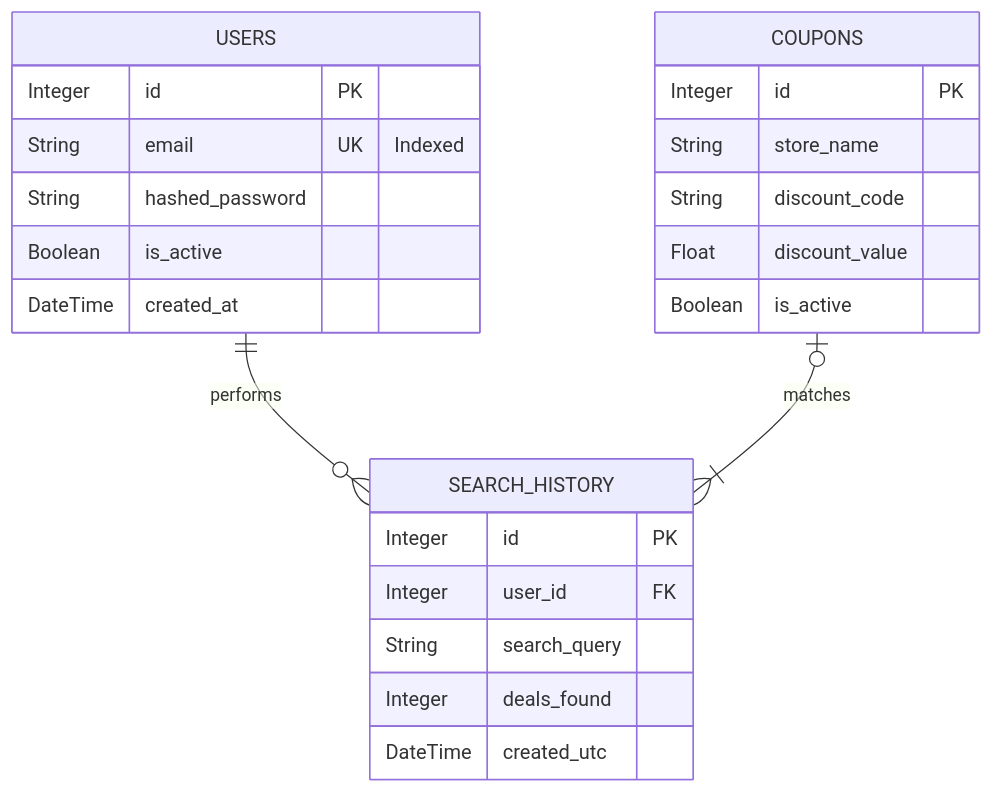
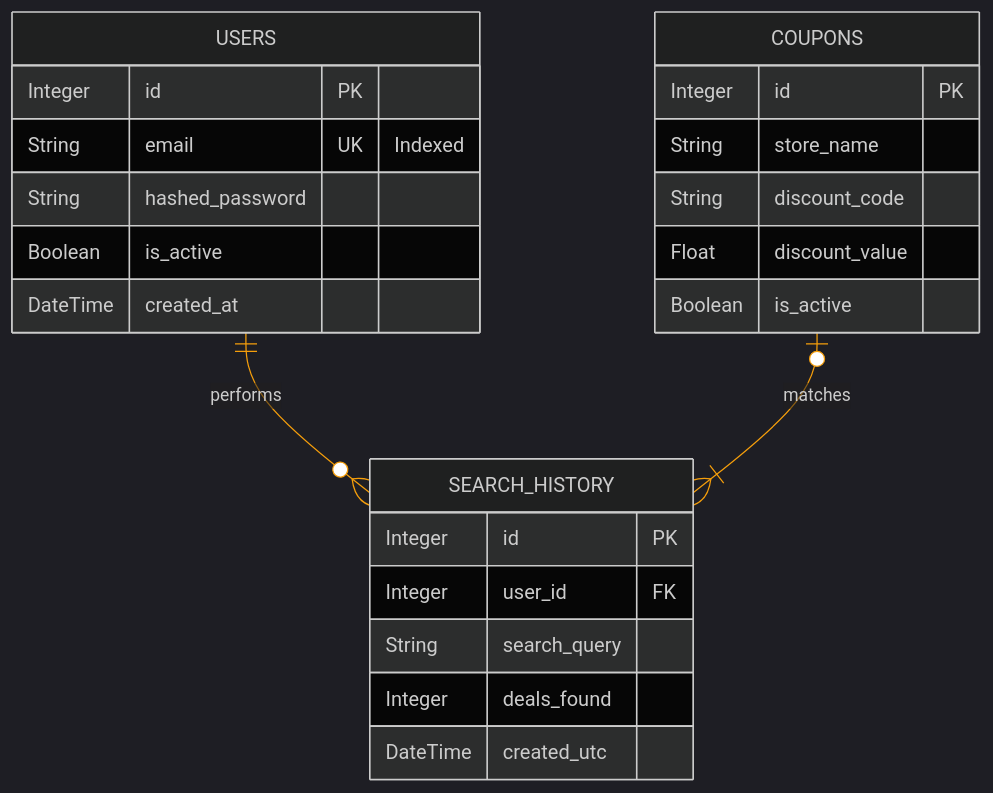
One commit to SriVigneswaran7/Honey-Hive changed the third of 3 diagrams in SystemModelling.md. Above: the diagram before and after it, drawn with Mermaid. The commit also changed other lines of this file, not shown here.

First line of the commit message:
Enhance UML diagrams and sequence model

````diff
--- a/SystemModelling.md
+++ b/SystemModelling.md
@@ -129,30 +177,38 @@
 ```mermaid
+%%{init: {
+  'theme': 'dark',
+  'themeVariables': {
+    'fontFamily': 'sans-serif',
+    'background': 'transparent',
+    'lineColor': '#f59e0b'
+  }
+}}%%
 erDiagram
     %% Relationship links defined first to optimise Mermaid's automatic spacing
     USERS ||--o{ SEARCH_HISTORY : "performs"
     COUPONS |o--|{ SEARCH_HISTORY : "matches"
 
     USERS {
         Integer id PK
         String email UK "Indexed"
         String hashed_password
         Boolean is_active
         DateTime created_at
     }
 
     SEARCH_HISTORY {
         Integer id PK
         Integer user_id FK
         String search_query
         Integer deals_found
         DateTime created_utc
     }
 
     COUPONS {
         Integer id PK
         String store_name
         String discount_code
         Float discount_value
         Boolean is_active
     }
 ```
````
